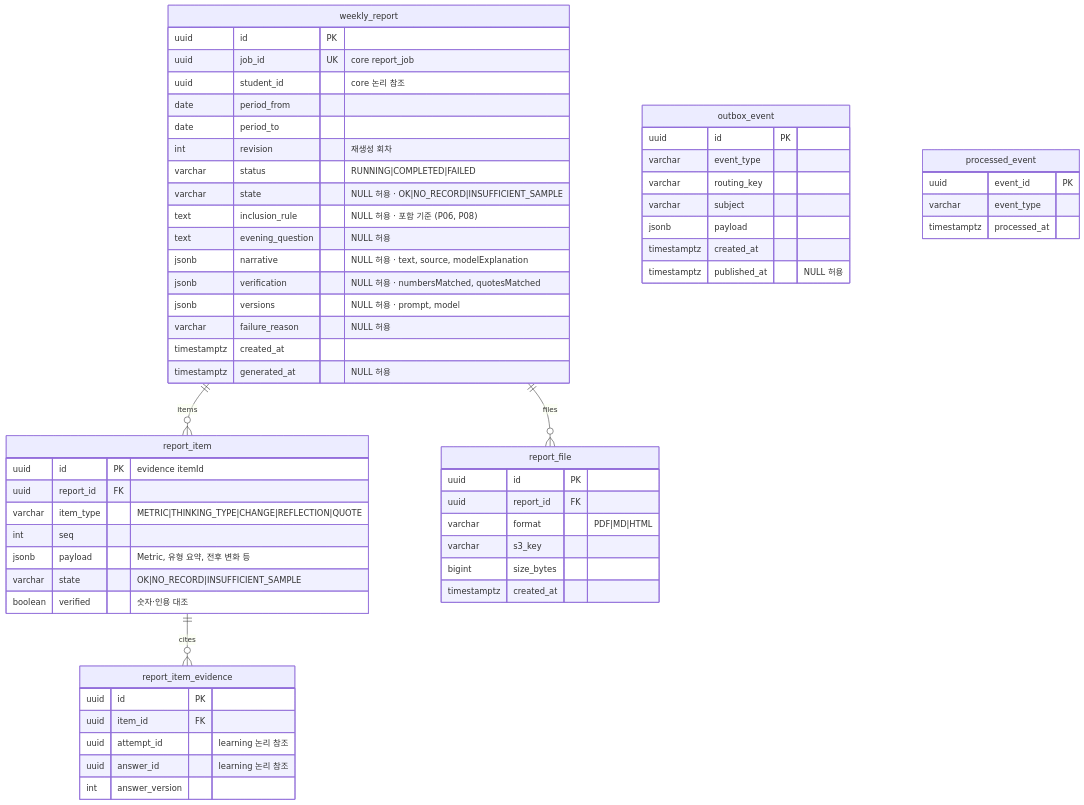
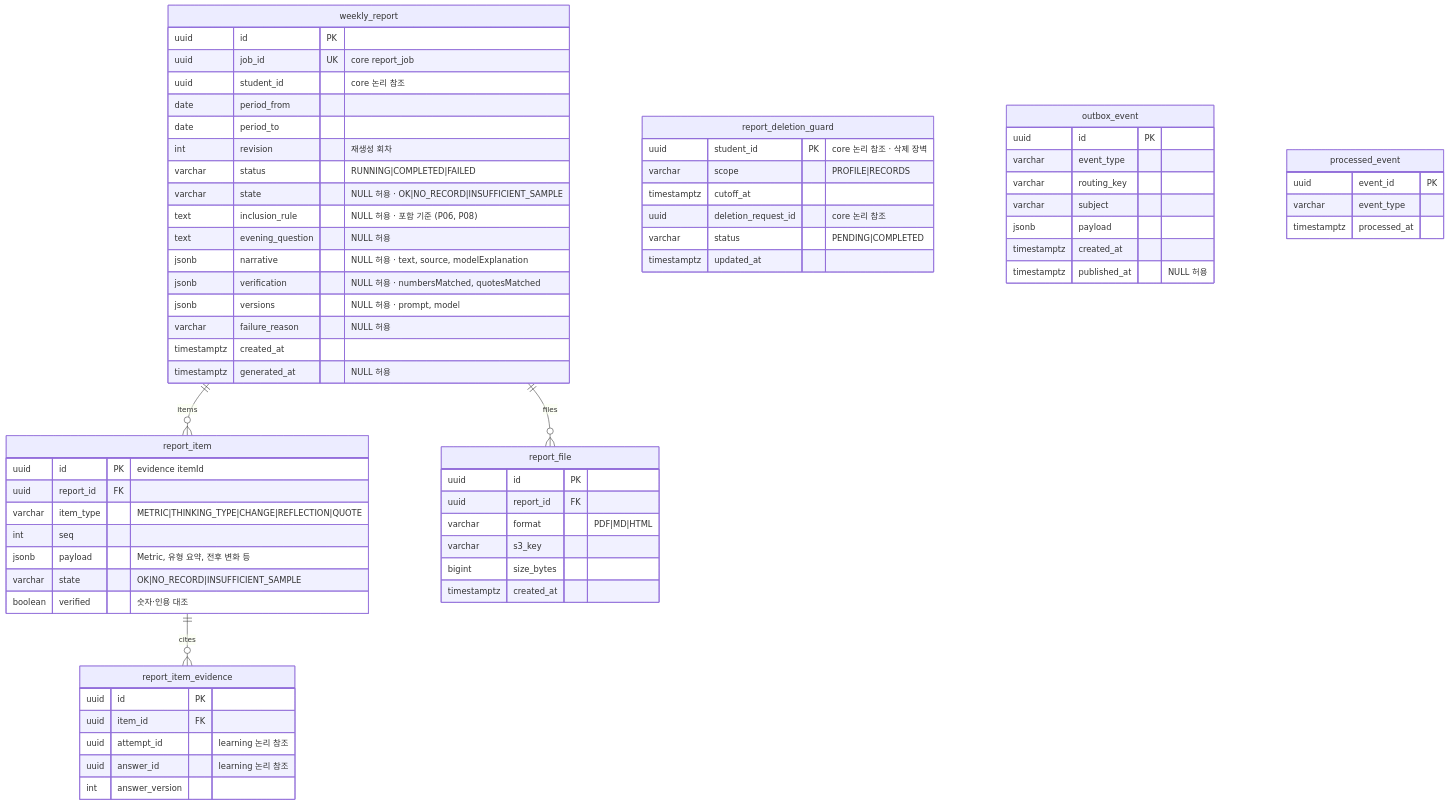
One commit to SKNETWORKS-FAMILY-AICAMP/SKN34-FINAL-3TEAM changed the tenth of 10 diagrams in docs/design/erd.md. Above: the diagram before and after it, drawn with Mermaid. The commit also changed other lines of this file and 3 other files, not shown here.

````diff
--- a/docs/design/erd.md
+++ b/docs/design/erd.md
@@ -840,63 +840,72 @@
 ```mermaid
 erDiagram
   weekly_report ||--o{ report_item : items
   report_item ||--o{ report_item_evidence : cites
   weekly_report ||--o{ report_file : files
+
+  report_deletion_guard {
+    uuid student_id PK "core 논리 참조 · 삭제 장벽"
+    varchar scope "PROFILE|RECORDS"
+    timestamptz cutoff_at
+    uuid deletion_request_id "core 논리 참조"
+    varchar status "PENDING|COMPLETED"
+    timestamptz updated_at
+  }
 
   weekly_report {
     uuid id PK
     uuid job_id UK "core report_job"
     uuid student_id "core 논리 참조"
     date period_from
     date period_to
     int revision "재생성 회차"
     varchar status "RUNNING|COMPLETED|FAILED"
     varchar state "NULL 허용 · OK|NO_RECORD|INSUFFICIENT_SAMPLE"
     text inclusion_rule "NULL 허용 · 포함 기준 (P06, P08)"
     text evening_question "NULL 허용"
     jsonb narrative "NULL 허용 · text, source, modelExplanation"
     jsonb verification "NULL 허용 · numbersMatched, quotesMatched"
     jsonb versions "NULL 허용 · prompt, model"
     varchar failure_reason "NULL 허용"
     timestamptz created_at
     timestamptz generated_at "NULL 허용"
   }
   report_item {
     uuid id PK "evidence itemId"
     uuid report_id FK
     varchar item_type "METRIC|THINKING_TYPE|CHANGE|REFLECTION|QUOTE"
     int seq
     jsonb payload "Metric, 유형 요약, 전후 변화 등"
     varchar state "OK|NO_RECORD|INSUFFICIENT_SAMPLE"
     boolean verified "숫자·인용 대조"
   }
   report_item_evidence {
     uuid id PK
     uuid item_id FK
     uuid attempt_id "learning 논리 참조"
     uuid answer_id "learning 논리 참조"
     int answer_version
   }
   report_file {
     uuid id PK
     uuid report_id FK
     varchar format "PDF|MD|HTML"
     varchar s3_key
     bigint size_bytes
     timestamptz created_at
   }
   outbox_event {
     uuid id PK
     varchar event_type
     varchar routing_key
     varchar subject
     jsonb payload
     timestamptz created_at
     timestamptz published_at "NULL 허용"
   }
   processed_event {
     uuid event_id PK
     varchar event_type
     timestamptz processed_at
   }
 ```
````
